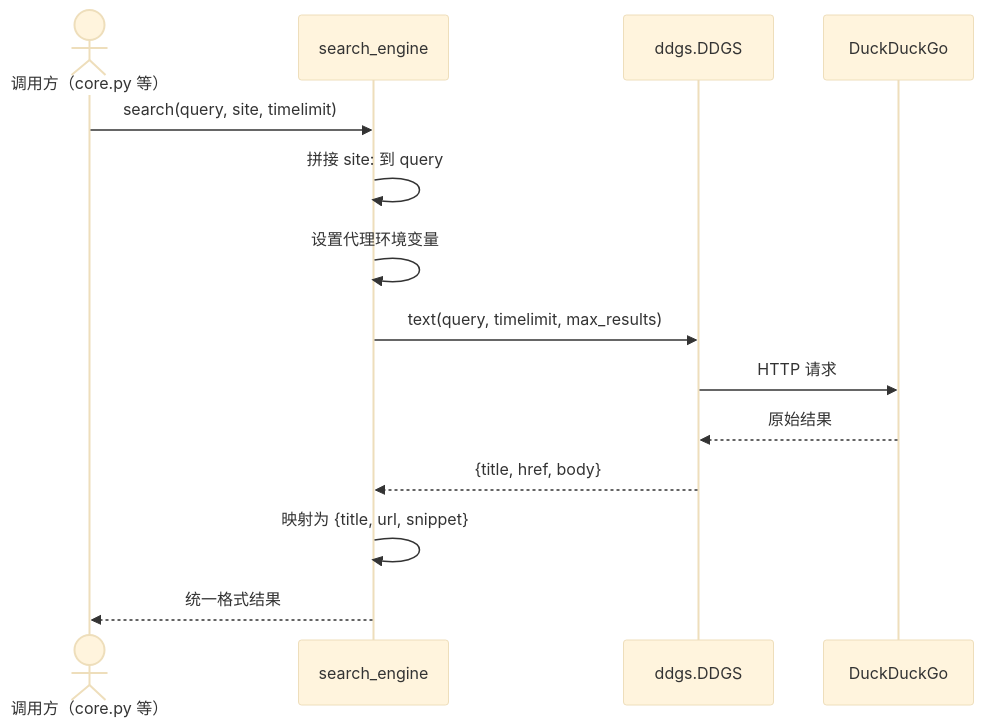
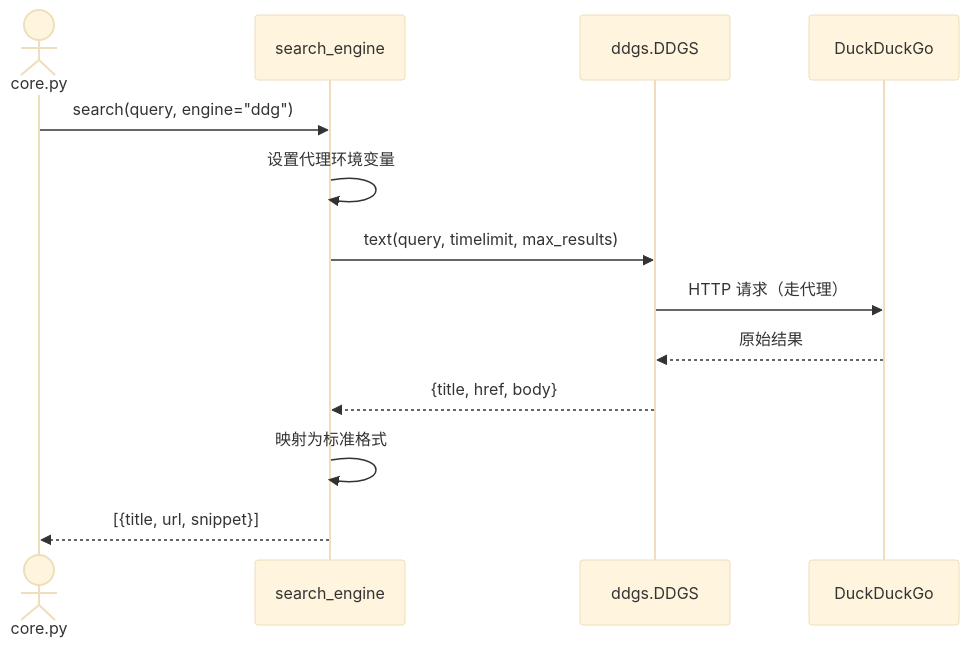
One commit to ReidZhuang/k-agent_lab changed the second of 4 diagrams in experiments/search_engine/intro/code_atlas.md. Above: the diagram before and after it, drawn with Mermaid (base theme). The commit also changed other lines of this file and 292 other files, not shown here.

````diff
--- a/experiments/search_engine/intro/code_atlas.md
+++ b/experiments/search_engine/intro/code_atlas.md
@@ -28,17 +45,16 @@
 ```mermaid
 sequenceDiagram
-  actor C as 调用方（core.py 等）
+  actor C as core.py
   participant SE as search_engine
   participant DDGS as ddgs.DDGS
   participant DDG as DuckDuckGo
 
-  C->>SE: search(query, site, timelimit)
-  SE->>SE: 拼接 site: 到 query
+  C->>SE: search(query, engine="ddg")
   SE->>SE: 设置代理环境变量
   SE->>DDGS: text(query, timelimit, max_results)
-  DDGS->>DDG: HTTP 请求
+  DDGS->>DDG: HTTP 请求（走代理）
   DDG-->>DDGS: 原始结果
   DDGS-->>SE: {title, href, body}
-  SE->>SE: 映射为 {title, url, snippet}
-  SE-->>C: 统一格式结果
+  SE->>SE: 映射为标准格式
+  SE-->>C: [{title, url, snippet}]
 ```
````
